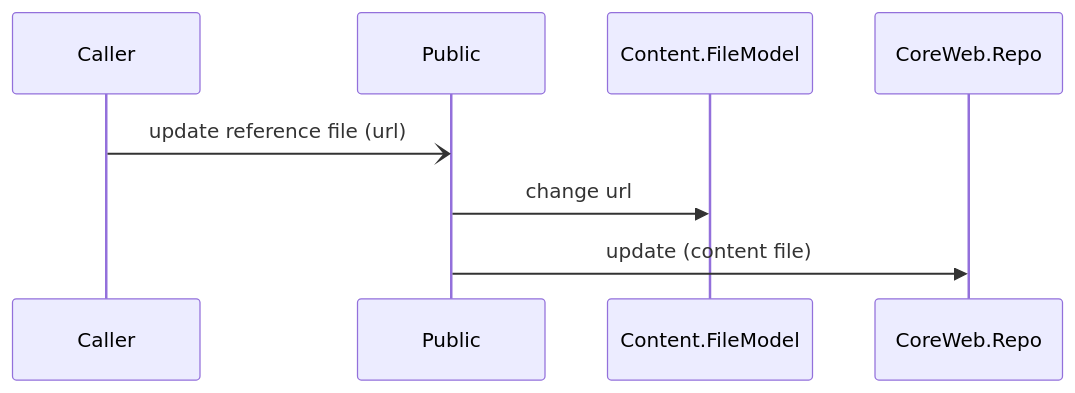
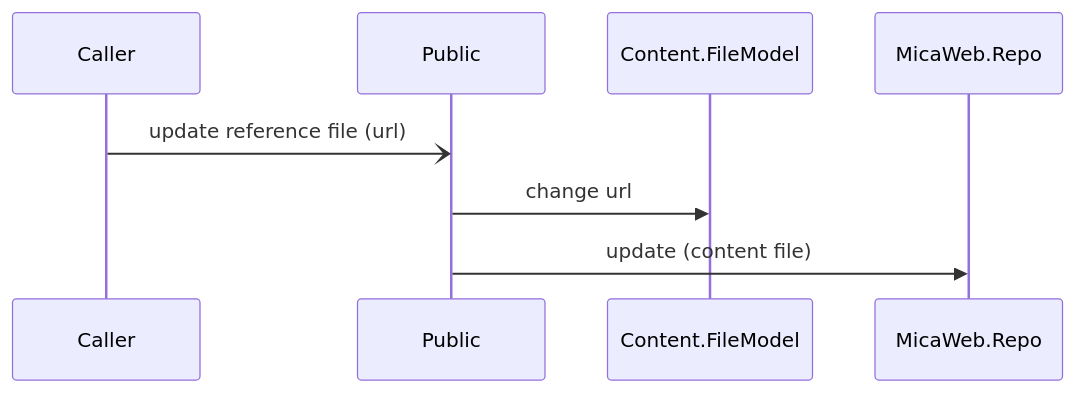
One commit to eyra/mono changed the fourth of 6 diagrams in core/next/systems/paper/docs/overview.md. Above: the diagram before and after it, drawn with Mermaid. The commit also changed other lines of this file and 1706 other files, not shown here.

````diff
--- a/core/next/systems/paper/docs/overview.md
+++ b/core/next/systems/paper/docs/overview.md
@@ -40,6 +40,6 @@
 ```mermaid
 sequenceDiagram
     Caller-)Public: update reference file (url)
     Public ->> Content.FileModel: change url
-    Public ->> CoreWeb.Repo: update (content file)
+    Public ->> MicaWeb.Repo: update (content file)
 ```
````
